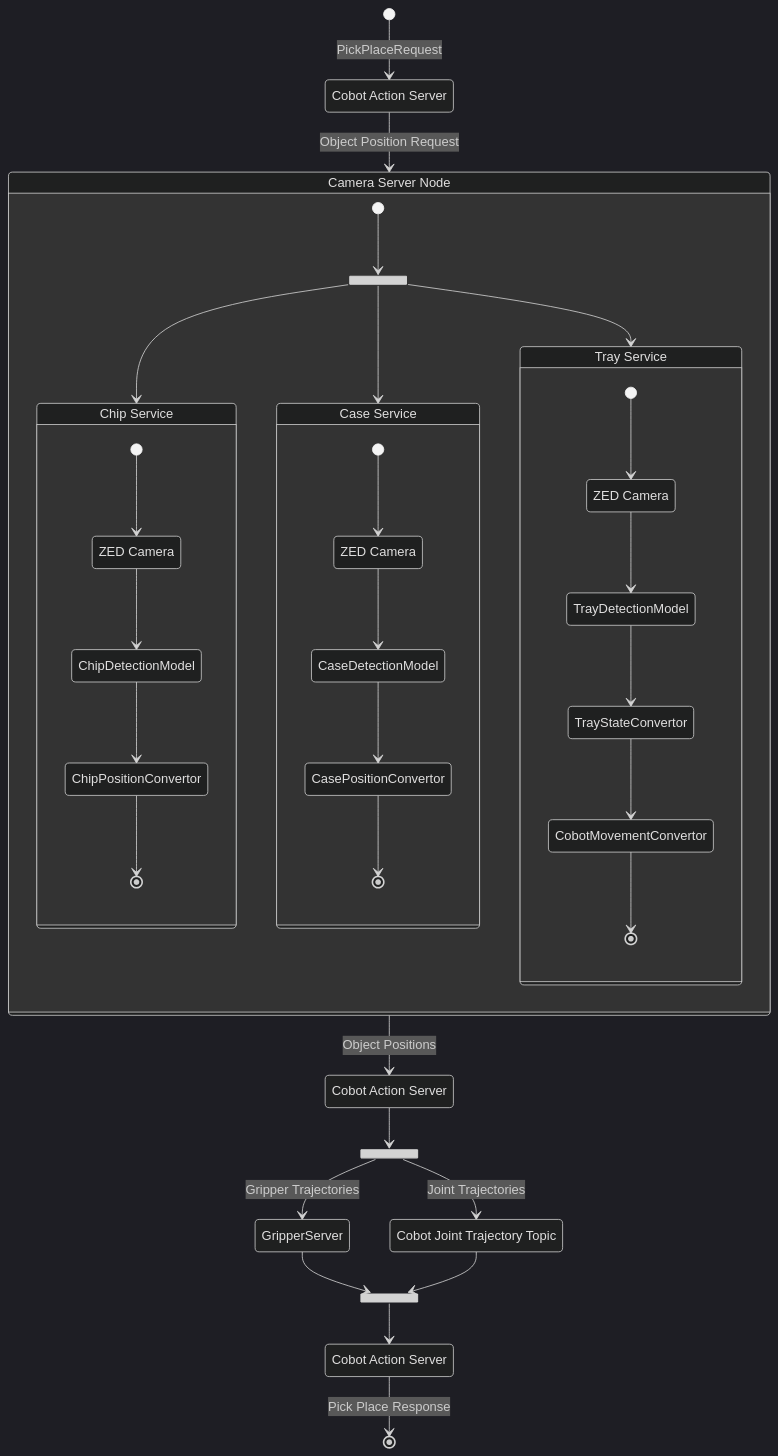
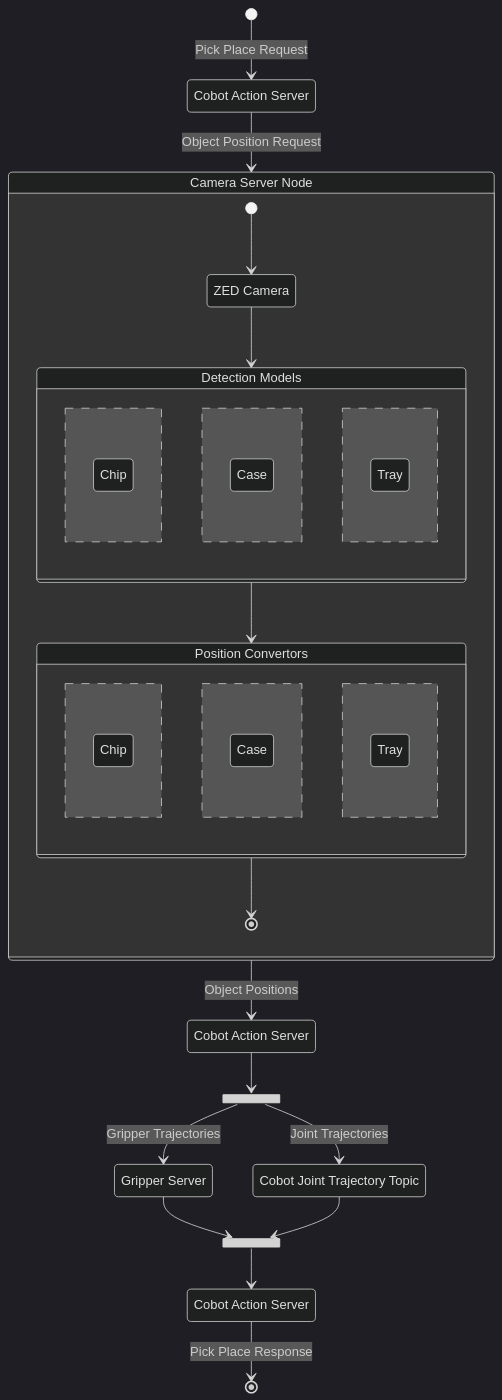
Before and after one commit to kanbanyte/sepb: the second of 4 diagrams in assessments/sepa/sadrr.md, drawn with Mermaid (dark theme). The commit also changed other lines of this file, not shown here.

Commit message:
Update sepa/sadrr.md
Modified mermaid syntax and corrected some line length.

````diff
--- a/assessments/sepa/sadrr.md
+++ b/assessments/sepa/sadrr.md
@@ -259,58 +262,49 @@
 ```mermaid
 stateDiagram-v2
 	direction TB
-    state camera_fork <<fork>>
+	state cobot_fork <<fork>>
+	state cobot_join <<join>>
+	state "ZED Camera" as Camera
+	state "Chip" as ChipService
+	state "Case" as CaseService
+	state "Tray" as TrayService
+	state "Cobot Action Server" as CobotActionServer1
+	state "Cobot Action Server" as CobotActionServer2
+	state "Cobot Action Server" as CobotActionServer3
+	state "Cobot Joint Trajectory Topic" as CobotTopic
+	state "Gripper Server" as GripperServer
 
-	state "ZED Camera" as Camera1
-	state "ZED Camera" as Camera2
-	state "ZED Camera" as Camera3
-
-	state "Chip Service" as ChipService {
-		[*] --> Camera1
-		Camera1 --> ChipDetectionModel
-		ChipDetectionModel --> ChipPositionConvertor
-		ChipPositionConvertor --> [*]
+	state "Detection Models" as Detection {
+		Chip
+		--
+		Case
+		--
+		Tray
 	}
 
-	state "Case Service" as CaseService {
-		[*] --> Camera2
-		Camera2 --> CaseDetectionModel
-		CaseDetectionModel --> CasePositionConvertor
-		CasePositionConvertor --> [*]
-	}
-
-	state "Tray Service" as TrayService {
-		[*] --> Camera3
-		Camera3 --> TrayDetectionModel
-		TrayDetectionModel --> TrayStateConvertor
-		TrayStateConvertor --> CobotMovementConvertor
-		CobotMovementConvertor --> [*]
+	state "Position Convertors" as Convertor {
+		ChipService
+		--
+		CaseService
+		--
+		TrayService
 	}
 
 	state "Camera Server Node" as CameraServer {
-		[*] --> camera_fork
-		camera_fork --> ChipService
-		camera_fork --> CaseService
-		camera_fork --> TrayService
+		[*] --> Camera
+		Camera --> Detection
+		Detection --> Convertor
+		Convertor --> [*]
 	}
 
-	state "Cobot Action Server" as CobotActionServer1
-	state "Cobot Action Server" as CobotActionServer2
-	state "Cobot Action Server" as CobotActionServer3
-
-	state cobot_fork <<fork>>
-	state cobot_join <<join>>
-
-	state "Cobot Joint Trajectory Topic" as CobotTopic
-
-	[*] --> CobotActionServer1: PickPlaceRequest
+	[*] --> CobotActionServer1 : Pick Place Request
 	CobotActionServer1 --> CameraServer : Object Position Request
 	CameraServer --> CobotActionServer2 : Object Positions
 	CobotActionServer2 --> cobot_fork
 	cobot_fork --> CobotTopic : Joint Trajectories
 	cobot_fork --> GripperServer : Gripper Trajectories
 	GripperServer --> cobot_join
 	CobotTopic --> cobot_join
 	cobot_join --> CobotActionServer3
 	CobotActionServer3 --> [*] : Pick Place Response
 ```
````
